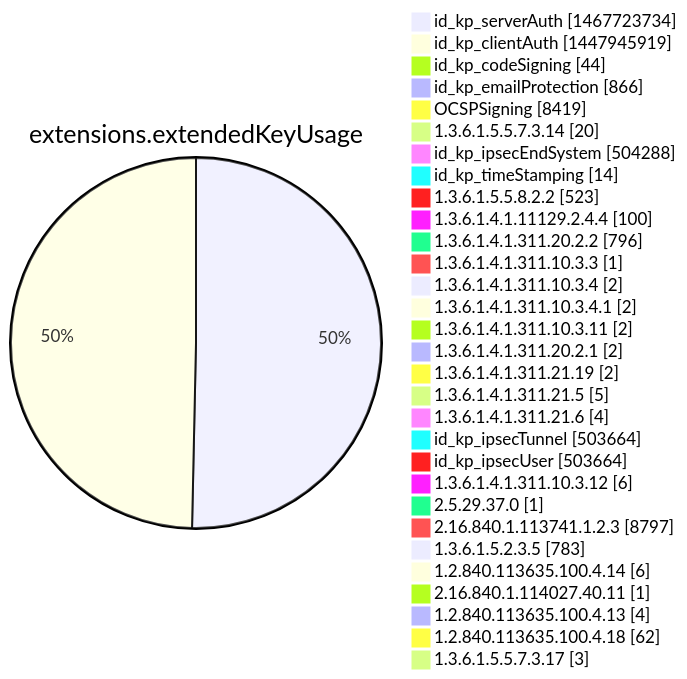
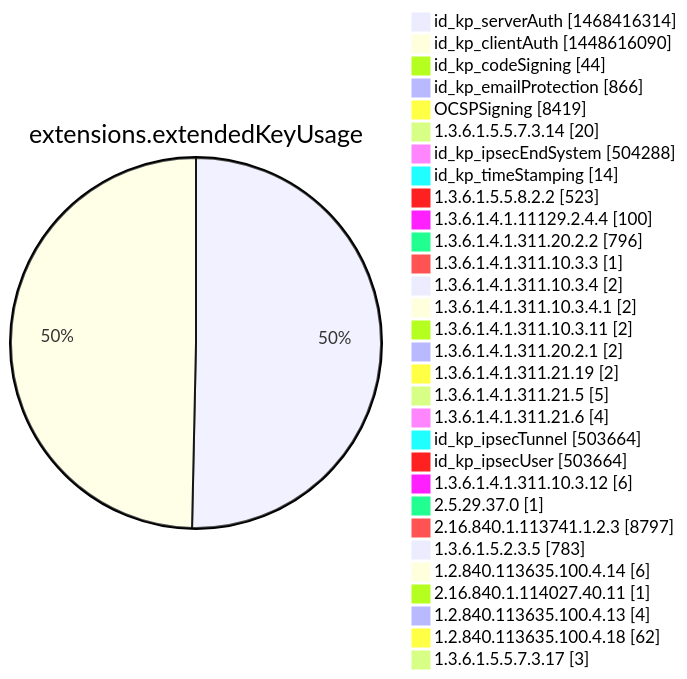
Diagram 12 of 15 in argon2022/README.md (christiankrug/ctmonitor_visualization), drawn with Mermaid before and after one commit. The commit also changed other lines of this file, not shown here.

````diff
--- a/argon2022/README.md
+++ b/argon2022/README.md
@@ -3555,34 +3555,34 @@
 ```mermaid
 pie showData
 title extensions.extendedKeyUsage
-"id_kp_serverAuth" :1467723734
-"id_kp_clientAuth" :1447945919
+"id_kp_serverAuth" :1468416314
+"id_kp_clientAuth" :1448616090
 "id_kp_codeSigning" :44
 "id_kp_emailProtection" :866
 "OCSPSigning" :8419
 "1.3.6.1.5.5.7.3.14" :20
 "id_kp_ipsecEndSystem" :504288
 "id_kp_timeStamping" :14
 "1.3.6.1.5.5.8.2.2" :523
 "1.3.6.1.4.1.11129.2.4.4" :100
 "1.3.6.1.4.1.311.20.2.2" :796
 "1.3.6.1.4.1.311.10.3.3" :1
 "1.3.6.1.4.1.311.10.3.4" :2
 "1.3.6.1.4.1.311.10.3.4.1" :2
 "1.3.6.1.4.1.311.10.3.11" :2
 "1.3.6.1.4.1.311.20.2.1" :2
 "1.3.6.1.4.1.311.21.19" :2
 "1.3.6.1.4.1.311.21.5" :5
 "1.3.6.1.4.1.311.21.6" :4
 "id_kp_ipsecTunnel" :503664
 "id_kp_ipsecUser" :503664
 "1.3.6.1.4.1.311.10.3.12" :6
 "2.5.29.37.0" :1
 "2.16.840.1.113741.1.2.3" :8797
 "1.3.6.1.5.2.3.5" :783
 "1.2.840.113635.100.4.14" :6
 "2.16.840.1.114027.40.11" :1
 "1.2.840.113635.100.4.13" :4
 "1.2.840.113635.100.4.18" :62
 "1.3.6.1.5.5.7.3.17" :3
 ```
````
